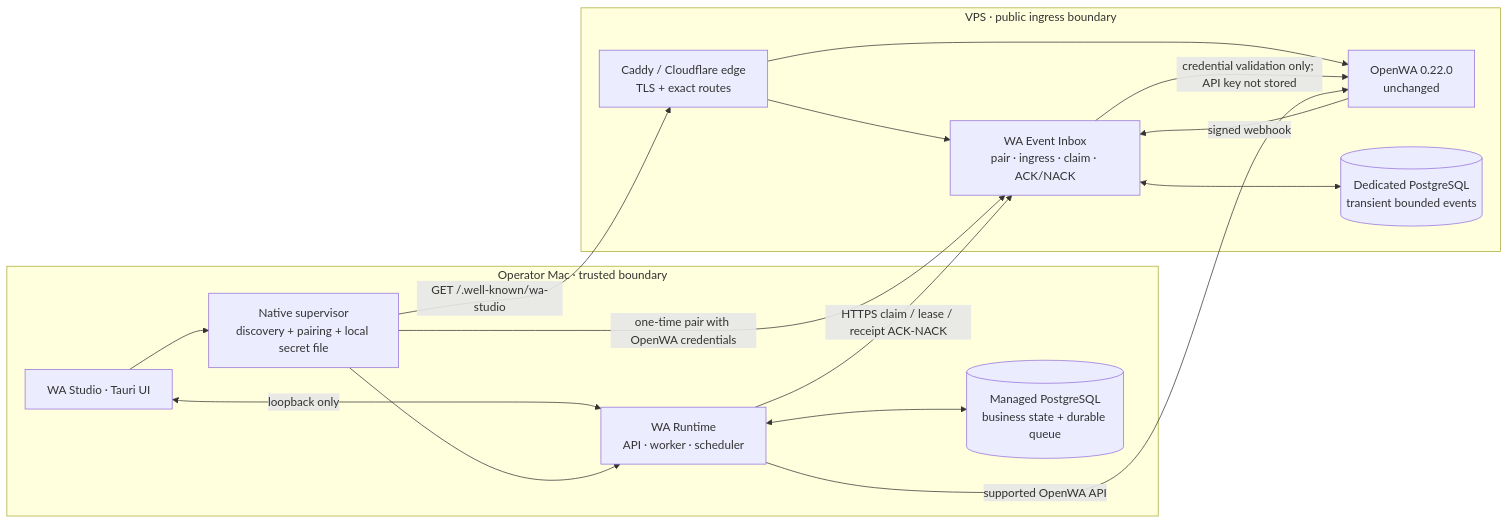
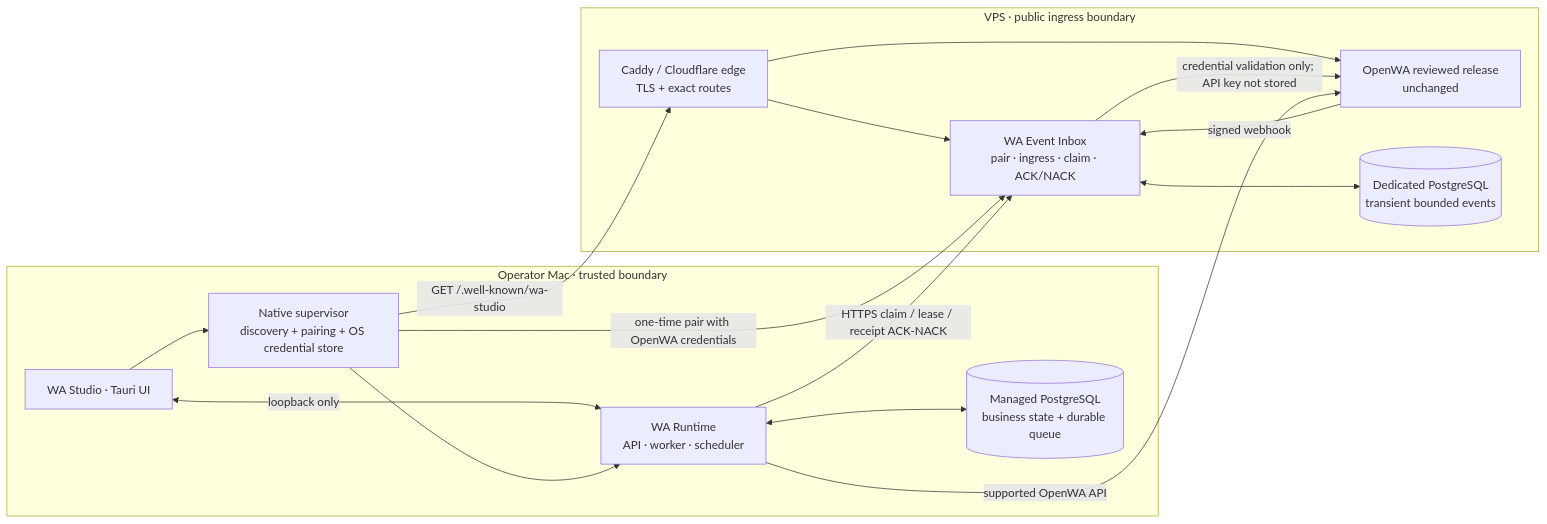
Before and after one commit to hiepknor/wa-studio: the first of 3 diagrams in services/runtime/docs/post-deployment-system-model.md, drawn with Mermaid. The commit also changed other lines of this file and 177 other files, not shown here.

````diff
--- a/services/runtime/docs/post-deployment-system-model.md
+++ b/services/runtime/docs/post-deployment-system-model.md
@@ -5,30 +5,30 @@
 ```mermaid
 flowchart LR
   subgraph Mac["Operator Mac · trusted boundary"]
     Studio["WA Studio · Tauri UI"]
-    Native["Native supervisor<br/>discovery + pairing + local secret file"]
+    Native["Native supervisor<br/>discovery + pairing + OS credential store"]
     Runtime["WA Runtime<br/>API · worker · scheduler"]
     LocalDb[("Managed PostgreSQL<br/>business state + durable queue")]
     Studio <-->|"loopback only"| Runtime
     Studio --> Native
     Native --> Runtime
     Runtime <--> LocalDb
   end
 
   subgraph VPS["VPS · public ingress boundary"]
     Caddy["Caddy / Cloudflare edge<br/>TLS + exact routes"]
-    OpenWA["OpenWA 0.22.0<br/>unchanged"]
+    OpenWA["OpenWA reviewed release<br/>unchanged"]
     Inbox["WA Event Inbox<br/>pair · ingress · claim · ACK/NACK"]
     InboxDb[("Dedicated PostgreSQL<br/>transient bounded events")]
     Caddy --> OpenWA
     Caddy --> Inbox
     Inbox <--> InboxDb
   end
 
   Native -->|"GET /.well-known/wa-studio"| Caddy
   Native -->|"one-time pair with OpenWA credentials"| Inbox
   Inbox -->|"credential validation only; API key not stored"| OpenWA
   OpenWA -->|"signed webhook"| Inbox
   Runtime -->|"HTTPS claim / lease / receipt ACK-NACK"| Inbox
   Runtime -->|"supported OpenWA API"| OpenWA
 ```
````
